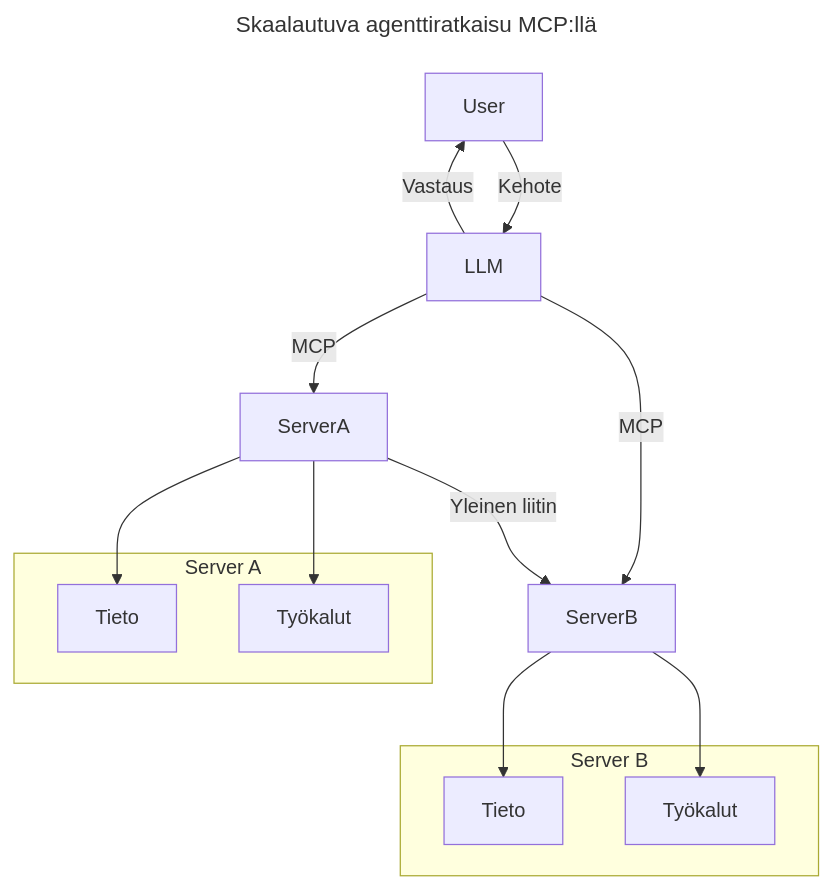
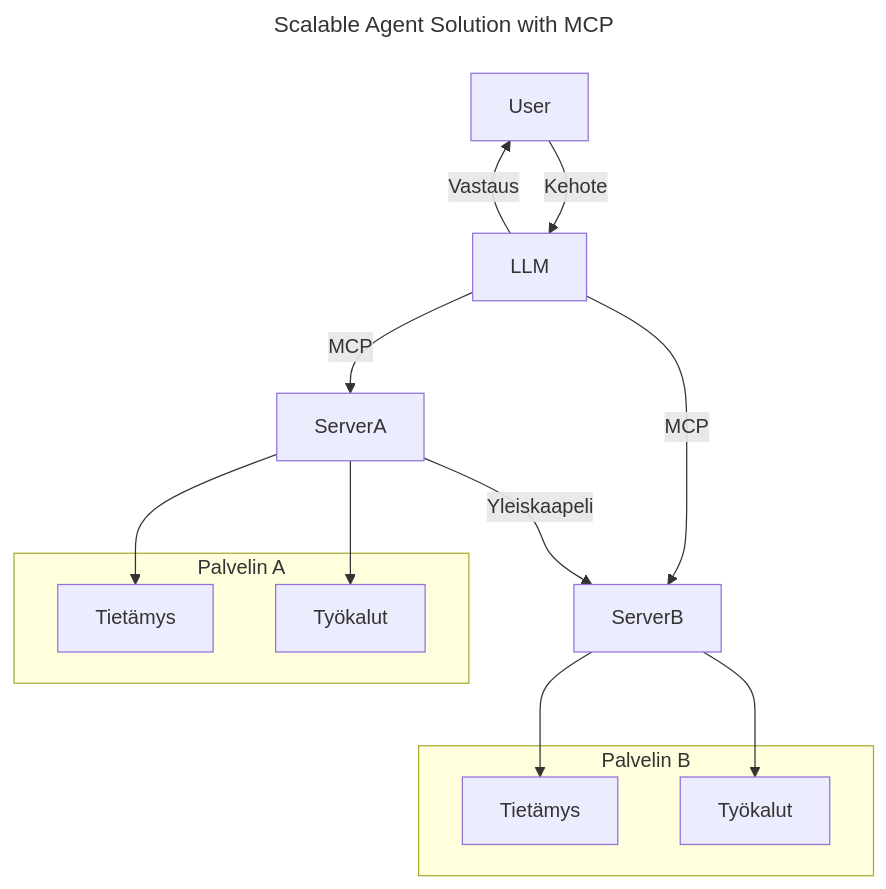
One commit to HIDORAKAI002/ai-workspace-archive changed the second of 3 diagrams in mcp_ecosystem__model_context_protocol/mcp_learning_resources/mcp-for-beginners/translations/fi/00-Introduction/README.md. Above: the diagram before and after it, drawn with Mermaid. The commit also changed other lines of this file and 5748 other files, not shown here.

Commit message:
chore(sync): update MCP Python SDK, MCP TypeScript SDK, Supabase MCP, Kubernetes MCP Server, Git MCP, MCP Agent, Awesome ChatGPT Prompts, Langfuse, +62 more

````diff
--- a/mcp_ecosystem__model_context_protocol/mcp_learning_resources/mcp-for-beginners/translations/fi/00-Introduction/README.md
+++ b/mcp_ecosystem__model_context_protocol/mcp_learning_resources/mcp-for-beginners/translations/fi/00-Introduction/README.md
@@ -193,26 +194,26 @@
 ```mermaid
 ---
-title: Skaalautuva agenttiratkaisu MCP:llä
-description: Kaavio, joka kuvaa kuinka käyttäjä on vuorovaikutuksessa LLM:n kanssa, joka yhdistyy useisiin MCP-palvelimiin, joista kukin tarjoaa sekä tietoa että työkaluja, muodostaen skaalautuvan tekoälyjärjestelmän arkkitehtuurin
+title: Scalable Agent Solution with MCP
+description: A diagram illustrating how a user interacts with an LLM that connects to multiple MCP servers, with each server providing both knowledge and tools, creating a scalable AI system architecture
 ---
 graph TD
     User -->|Kehote| LLM
     LLM -->|Vastaus| User
     LLM -->|MCP| ServerA
     LLM -->|MCP| ServerB
-    ServerA -->|Yleinen liitin| ServerB
+    ServerA -->|Yleiskaapeli| ServerB
     ServerA --> KnowledgeA
     ServerA --> ToolsA
     ServerB --> KnowledgeB
     ServerB --> ToolsB
 
-    subgraph Server A
-        KnowledgeA[Tieto]
+    subgraph Palvelin A
+        KnowledgeA[Tietämys]
         ToolsA[Työkalut]
     end
 
-    subgraph Server B
-        KnowledgeB[Tieto]
+    subgraph Palvelin B
+        KnowledgeB[Tietämys]
         ToolsB[Työkalut]
     end
 ```
````
